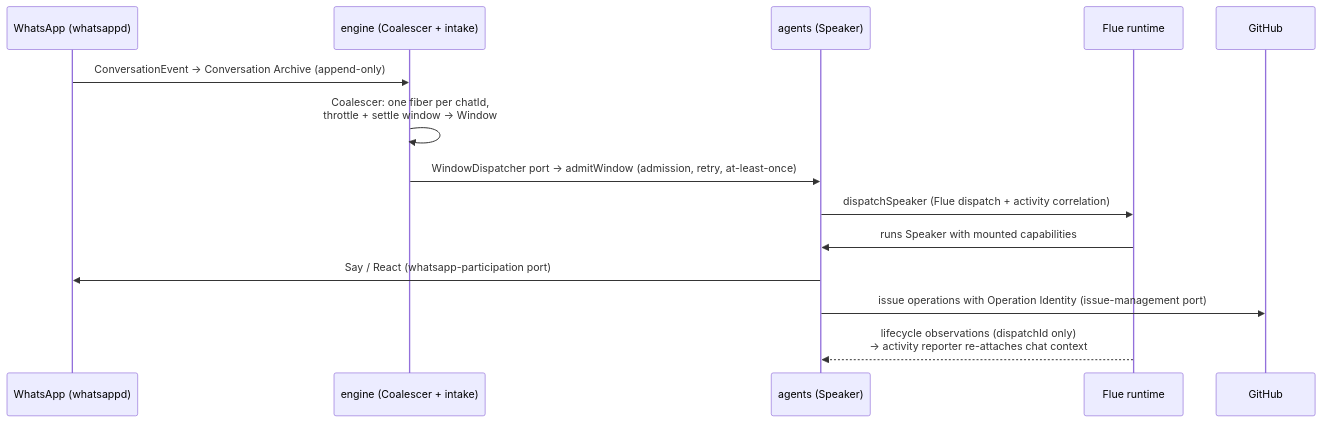
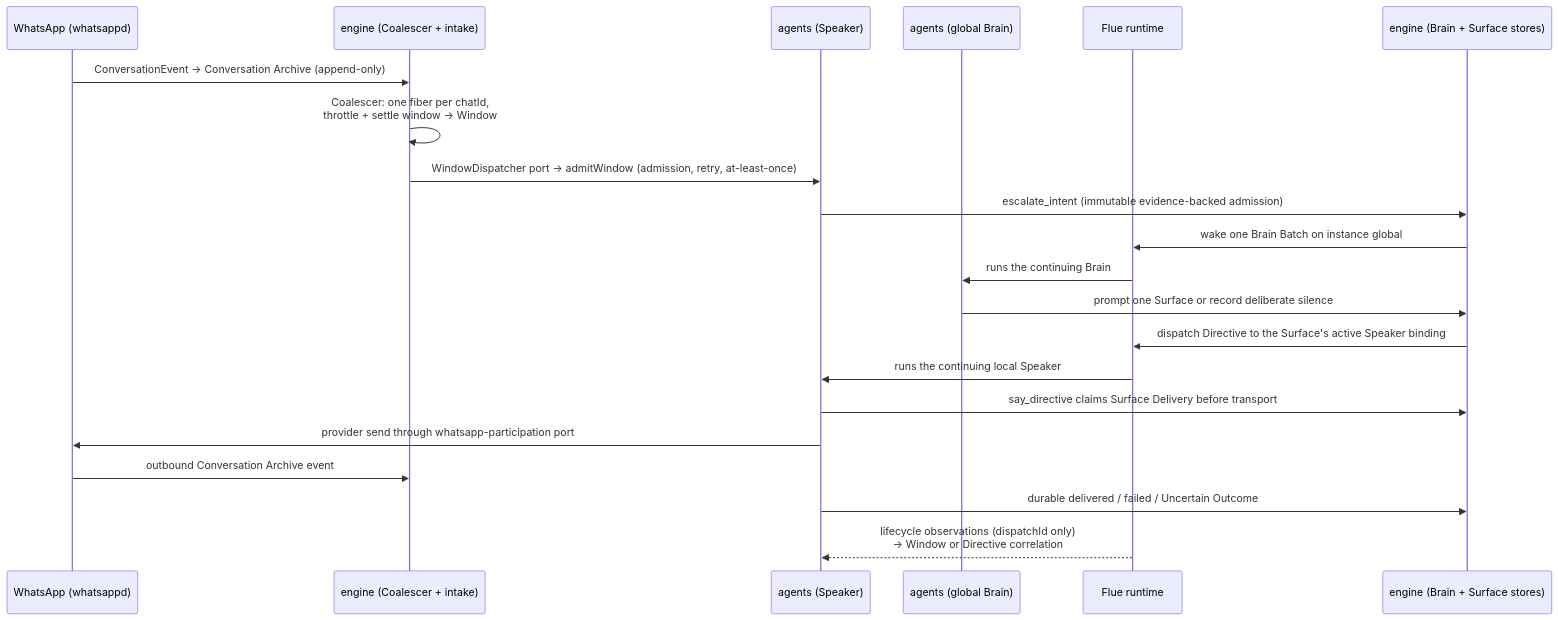
One commit to AaronAbuUsama/whatsappd-github-agent changed the second of 2 diagrams in docs/ARCHITECTURE.md. Above: the diagram before and after it, drawn with Mermaid. The commit also changed other lines of this file and 16 other files, not shown here.

Commit message:
feat: prove directive delivery outcomes

````diff
--- a/docs/ARCHITECTURE.md
+++ b/docs/ARCHITECTURE.md
@@ -39,17 +39,24 @@
 ```mermaid
 sequenceDiagram
   participant WA as WhatsApp (whatsappd)
   participant ENG as engine (Coalescer + intake)
-  participant AG as agents (Speaker)
+  participant SP as agents (Speaker)
+  participant BR as agents (global Brain)
   participant FLUE as Flue runtime
-  participant GH as GitHub
+  participant DB as engine (Brain + Surface stores)
 
   WA->>ENG: ConversationEvent → Conversation Archive (append-only)
   ENG->>ENG: Coalescer: one fiber per chatId,<br/>throttle + settle window → Window
-  ENG->>AG: WindowDispatcher port → admitWindow (admission, retry, at-least-once)
-  AG->>FLUE: dispatchSpeaker (Flue dispatch + activity correlation)
-  FLUE->>AG: runs Speaker with mounted capabilities
-  AG->>WA: Say / React (whatsapp-participation port)
-  AG->>GH: issue operations with Operation Identity (issue-management port)
-  FLUE-->>AG: lifecycle observations (dispatchId only)<br/>→ activity reporter re-attaches chat context
+  ENG->>SP: WindowDispatcher port → admitWindow (admission, retry, at-least-once)
+  SP->>DB: escalate_intent (immutable evidence-backed admission)
+  DB->>FLUE: wake one Brain Batch on instance global
+  FLUE->>BR: runs the continuing Brain
+  BR->>DB: prompt one Surface or record deliberate silence
+  DB->>FLUE: dispatch Directive to the Surface's active Speaker binding
+  FLUE->>SP: runs the continuing local Speaker
+  SP->>DB: say_directive claims Surface Delivery before transport
+  SP->>WA: provider send through whatsapp-participation port
+  WA->>ENG: outbound Conversation Archive event
+  SP->>DB: durable delivered / failed / Uncertain Outcome
+  FLUE-->>SP: lifecycle observations (dispatchId only)<br/>→ Window or Directive correlation
 ```
````
